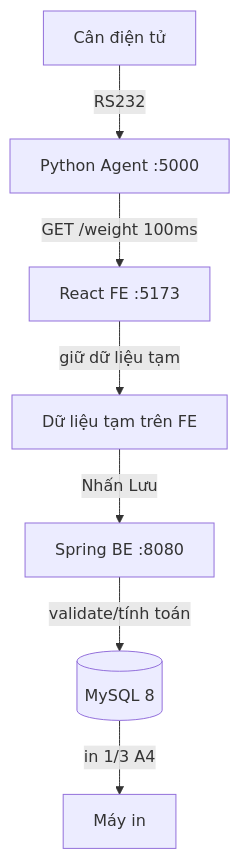
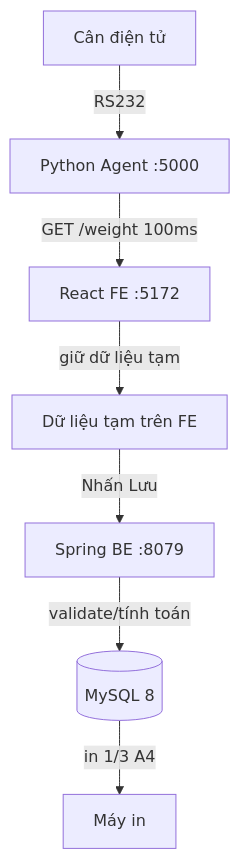
Before and after one commit to vuongvothai/Weighstation: the diagram in docs/01-architecture.md, drawn with Mermaid. The commit also changed 10 other files, not shown here.

````diff
--- a/docs/01-architecture.md
+++ b/docs/01-architecture.md
@@ -15,9 +15,9 @@
 ```mermaid
 flowchart TD
     CAN[Cân điện tử] -->|RS232| AGENT[Python Agent :5000]
-    AGENT -->|GET /weight 100ms| FE[React FE :5173]
+    AGENT -->|GET /weight 100ms| FE[React FE :5172]
     FE -->|giữ dữ liệu tạm| DRAFT[Dữ liệu tạm trên FE]
-    DRAFT -->|Nhấn Lưu| BE[Spring BE :8080]
+    DRAFT -->|Nhấn Lưu| BE[Spring BE :8079]
     BE -->|validate/tính toán| DB[(MySQL 8)]
     DB -->|in 1/3 A4| PRINTER[Máy in]
 ```
````
